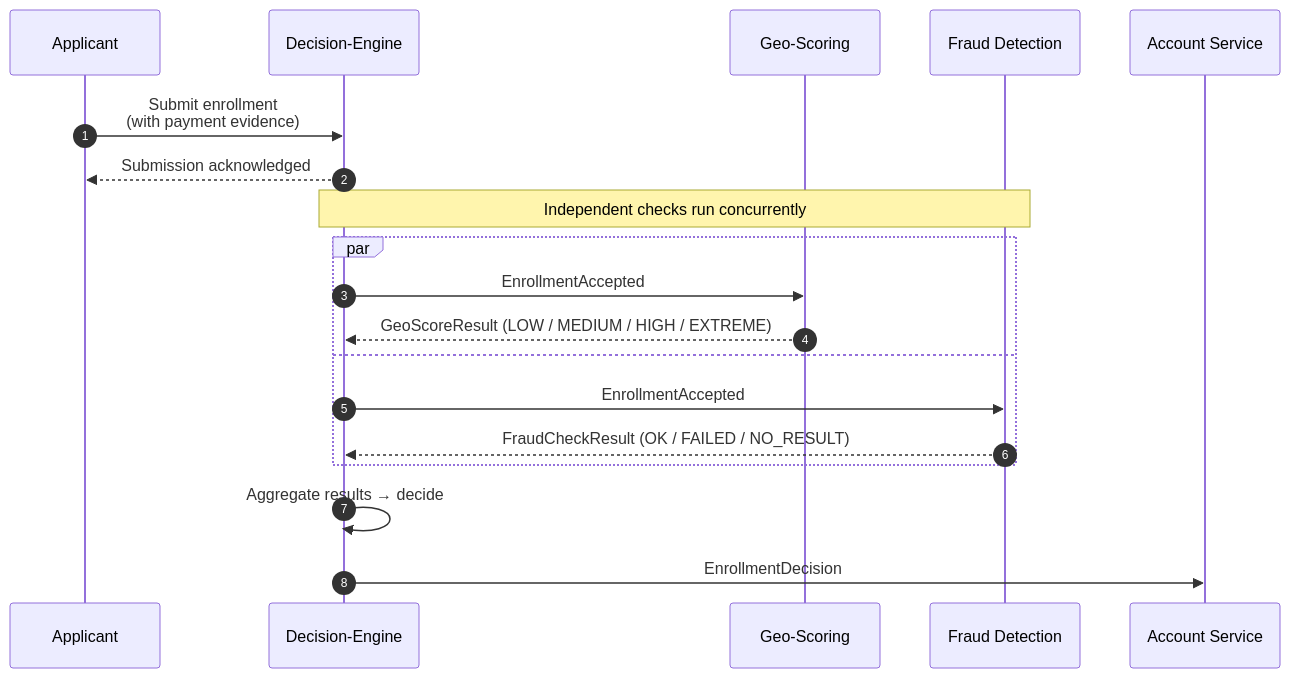
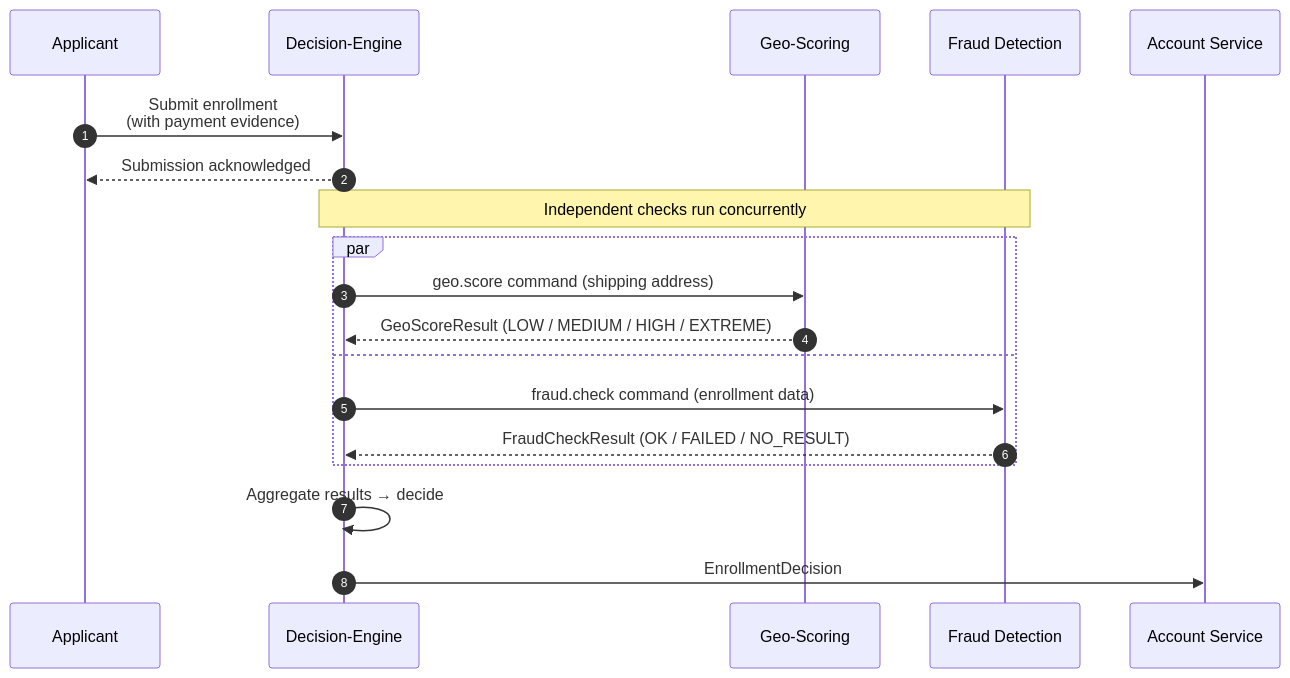
One commit to angelasindic/enrollment-hub changed the diagram in docs/architecture.md. Above: the diagram before and after it, drawn with Mermaid. The commit also changed other lines of this file and 7 other files, not shown here.

````diff
--- a/docs/architecture.md
+++ b/docs/architecture.md
@@ -343,23 +344,23 @@
 ```mermaid
 sequenceDiagram
     autonumber
     participant A as Applicant
     participant O as Decision-Engine
     participant G as Geo-Scoring
     participant F as Fraud Detection
     participant AS as Account Service
     A ->> O: Submit enrollment<br/>(with payment evidence)
     O -->> A: Submission acknowledged
     Note over O, F: Independent checks run concurrently
 
     par
-        O ->> G: EnrollmentAccepted
+        O ->> G: geo.score command (shipping address)
         G -->> O: GeoScoreResult (LOW / MEDIUM / HIGH / EXTREME)
     and
-        O ->> F: EnrollmentAccepted
+        O ->> F: fraud.check command (enrollment data)
         F -->> O: FraudCheckResult (OK / FAILED / NO_RESULT)
     end
 
     O ->> O: Aggregate results → decide
     O ->> AS: EnrollmentDecision
 ```
````
